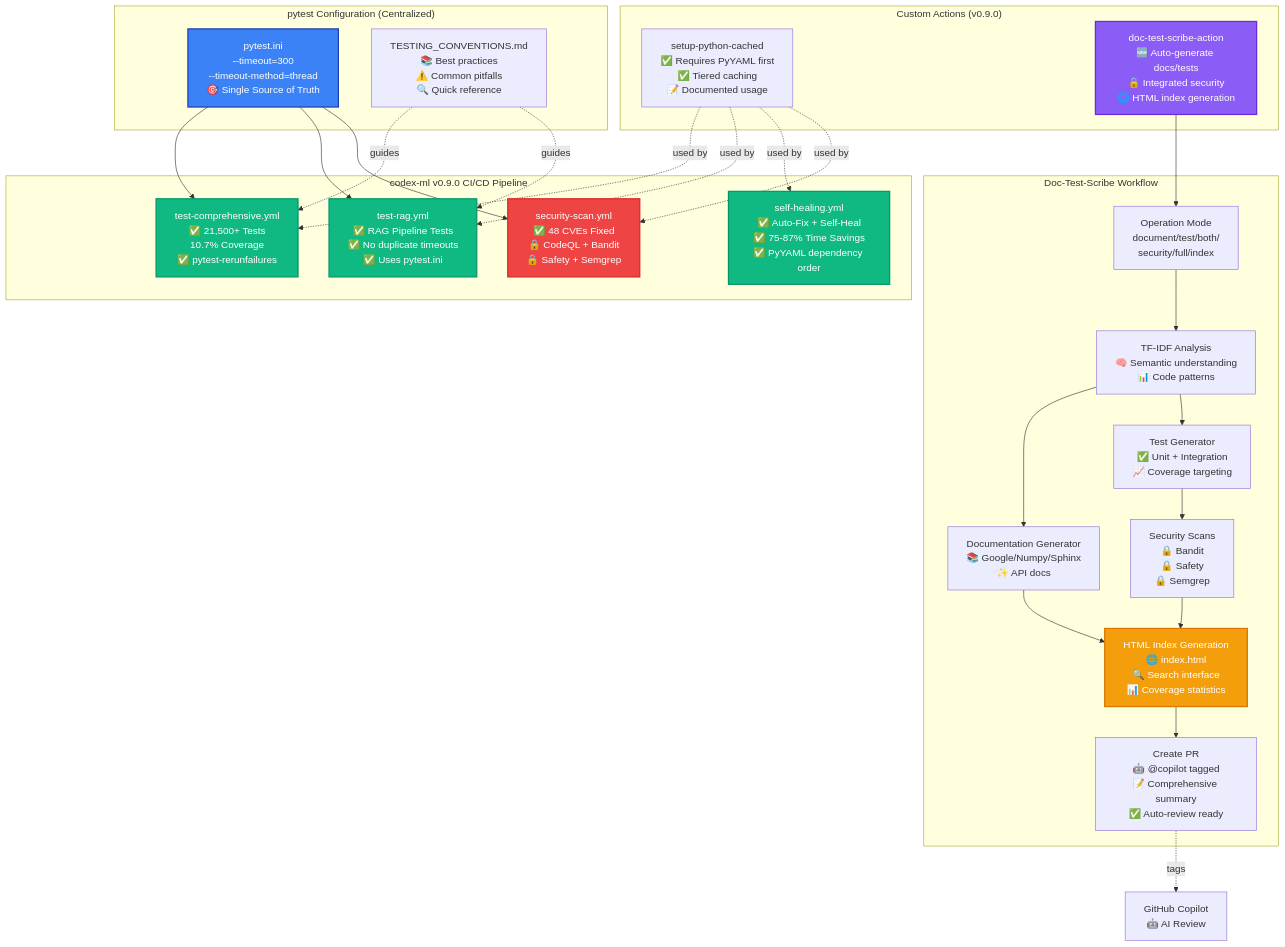
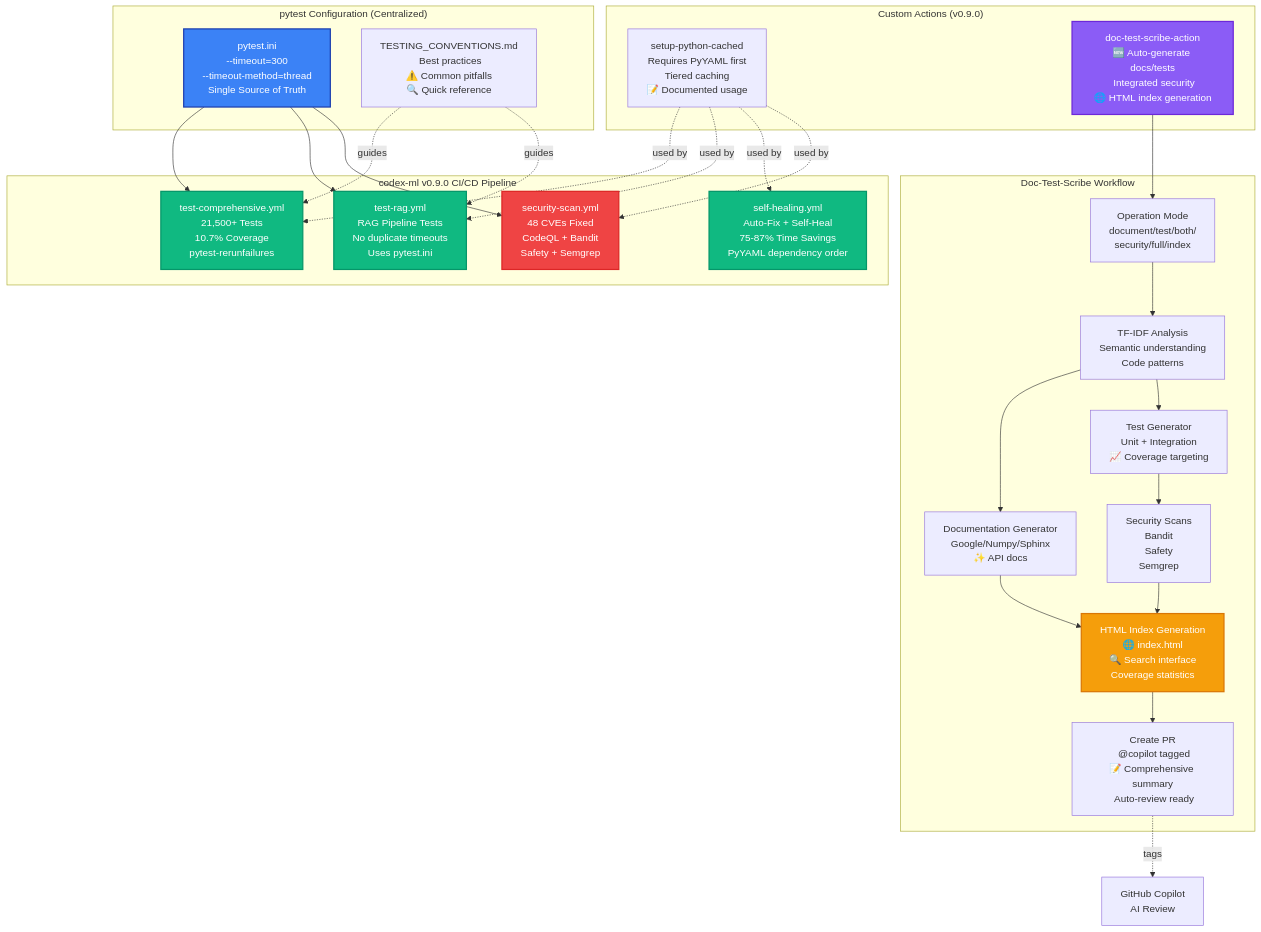
The first of 14 diagrams in docs/REPOSITORY_ARCHITECTURE_DIAGRAMS.md (Aries-Serpent/_codex_), drawn with Mermaid before and after one commit. The commit also changed other lines of this file and 2029 other files, not shown here.

First line of the commit message:
Publish DEPLOYMENT_GUIDE on site and remove GitHub repo links from deployed docs (#5297)

````diff
--- a/docs/REPOSITORY_ARCHITECTURE_DIAGRAMS.md
+++ b/docs/REPOSITORY_ARCHITECTURE_DIAGRAMS.md
@@ -29,65 +31,65 @@
 ```mermaid
-%%{init: {'accessibility': {'title': 'Diagram showing test-comprehensive.yml<br/>✅ 21,500+ Tests<br/>10.7% Coverage<br/>✅ pytest-rerunfailures, test-rag.yml<br/>✅ RAG Pipeline Tests<br/>✅ No duplicate timeouts<br/>✅ Uses pytest.ini'}}%%
+%%{init: {'accessibility': {'title': 'Diagram showing test-comprehensive.yml<br/> 21,500+ Tests<br/>10.7% Coverage<br/> pytest-rerunfailures, test-rag.yml<br/> RAG Pipeline Tests<br/> No duplicate timeouts<br/> Uses pytest.ini'}}%%
 graph TB
     subgraph "codex-ml v0.9.0 CI/CD Pipeline"
-        TC[test-comprehensive.yml<br/>✅ 21,500+ Tests<br/>10.7% Coverage<br/>✅ pytest-rerunfailures]
-        TR[test-rag.yml<br/>✅ RAG Pipeline Tests<br/>✅ No duplicate timeouts<br/>✅ Uses pytest.ini]
-        SH[self-healing.yml<br/>✅ Auto-Fix + Self-Heal<br/>✅ 75-87% Time Savings<br/>✅ PyYAML dependency order]
-        SEC[security-scan.yml<br/>✅ 48 CVEs Fixed<br/>🔒 CodeQL + Bandit<br/>🔒 Safety + Semgrep]
+        TC[test-comprehensive.yml<br/> 21,500+ Tests<br/>10.7% Coverage<br/> pytest-rerunfailures]
+        TR[test-rag.yml<br/> RAG Pipeline Tests<br/> No duplicate timeouts<br/> Uses pytest.ini]
+        SH[self-healing.yml<br/> Auto-Fix + Self-Heal<br/> 75-87% Time Savings<br/> PyYAML dependency order]
+        SEC[security-scan.yml<br/> 48 CVEs Fixed<br/> CodeQL + Bandit<br/> Safety + Semgrep]
     end
 
     subgraph "pytest Configuration (Centralized)"
-        PI[pytest.ini<br/>--timeout=300<br/>--timeout-method=thread<br/>🎯 Single Source of Truth]
-        CONV[TESTING_CONVENTIONS.md<br/>📚 Best practices<br/>⚠️ Common pitfalls<br/>🔍 Quick reference]
+        PI[pytest.ini<br/>--timeout=300<br/>--timeout-method=thread<br/> Single Source of Truth]
+        CONV[TESTING_CONVENTIONS.md<br/> Best practices<br/>⚠️ Common pitfalls<br/>🔍 Quick reference]
     end
 
     subgraph "Custom Actions (v0.9.0)"
-        SPC[setup-python-cached<br/>✅ Requires PyYAML first<br/>✅ Tiered caching<br/>📝 Documented usage]
-        DTS[doc-test-scribe-action<br/>🆕 Auto-generate docs/tests<br/>🔒 Integrated security<br/>🌐 HTML index generation]
+        SPC[setup-python-cached<br/> Requires PyYAML first<br/> Tiered caching<br/>📝 Documented usage]
+        DTS[doc-test-scribe-action<br/>🆕 Auto-generate docs/tests<br/> Integrated security<br/>🌐 HTML index generation]
     end
 
     subgraph "Doc-Test-Scribe Workflow"
         MODE[Operation Mode<br/>document/test/both/<br/>security/full/index]
-        ANALYZE[TF-IDF Analysis<br/>🧠 Semantic understanding<br/>📊 Code patterns]
-        GENDOC[Documentation Generator<br/>📚 Google/Numpy/Sphinx<br/>✨ API docs]
-        GENTEST[Test Generator<br/>✅ Unit + Integration<br/>📈 Coverage targeting]
-        SECURITY[Security Scans<br/>🔒 Bandit<br/>🔒 Safety<br/>🔒 Semgrep]
-        HTML[HTML Index Generation<br/>🌐 index.html<br/>🔍 Search interface<br/>📊 Coverage statistics]
-        PR[Create PR<br/>🤖 @copilot tagged<br/>📝 Comprehensive summary<br/>✅ Auto-review ready]
+        ANALYZE[TF-IDF Analysis<br/> Semantic understanding<br/> Code patterns]
+        GENDOC[Documentation Generator<br/> Google/Numpy/Sphinx<br/>✨ API docs]
+        GENTEST[Test Generator<br/> Unit + Integration<br/>📈 Coverage targeting]
+        SECURITY[Security Scans<br/> Bandit<br/> Safety<br/> Semgrep]
+        HTML[HTML Index Generation<br/>🌐 index.html<br/>🔍 Search interface<br/> Coverage statistics]
+        PR[Create PR<br/> @copilot tagged<br/>📝 Comprehensive summary<br/> Auto-review ready]
     end
 
     %% Configuration flows
     PI --> TC
     PI --> TR
     PI --> SEC
     CONV -.guides.-> TC
     CONV -.guides.-> TR
 
     %% Custom action usage
     SPC -.used by.-> TC
     SPC -.used by.-> TR
     SPC -.used by.-> SH
     SPC -.used by.-> SEC
 
     %% Doc-Test-Scribe workflow
     MODE --> ANALYZE
     ANALYZE --> GENDOC
     ANALYZE --> GENTEST
     GENDOC --> HTML
     GENTEST --> SECURITY
     SECURITY --> HTML
     HTML --> PR
 
     %% Integration points
     DTS --> MODE
-    PR -.tags.-> Copilot[GitHub Copilot<br/>🤖 AI Review]
+    PR -.tags.-> Copilot[GitHub Copilot<br/> AI Review]
 
     %% Styling v0.9.0
     style TC fill:#10b981,stroke:#059669,stroke-width:2px,color:#fff
     style TR fill:#10b981,stroke:#059669,stroke-width:2px,color:#fff
     style SH fill:#10b981,stroke:#059669,stroke-width:2px,color:#fff
     style SEC fill:#ef4444,stroke:#dc2626,stroke-width:2px,color:#fff
     style PI fill:#3b82f6,stroke:#1e40af,stroke-width:2px,color:#fff
     style DTS fill:#8b5cf6,stroke:#6d28d9,stroke-width:2px,color:#fff
     style HTML fill:#f59e0b,stroke:#d97706,stroke-width:2px,color:#fff
 ```
````
